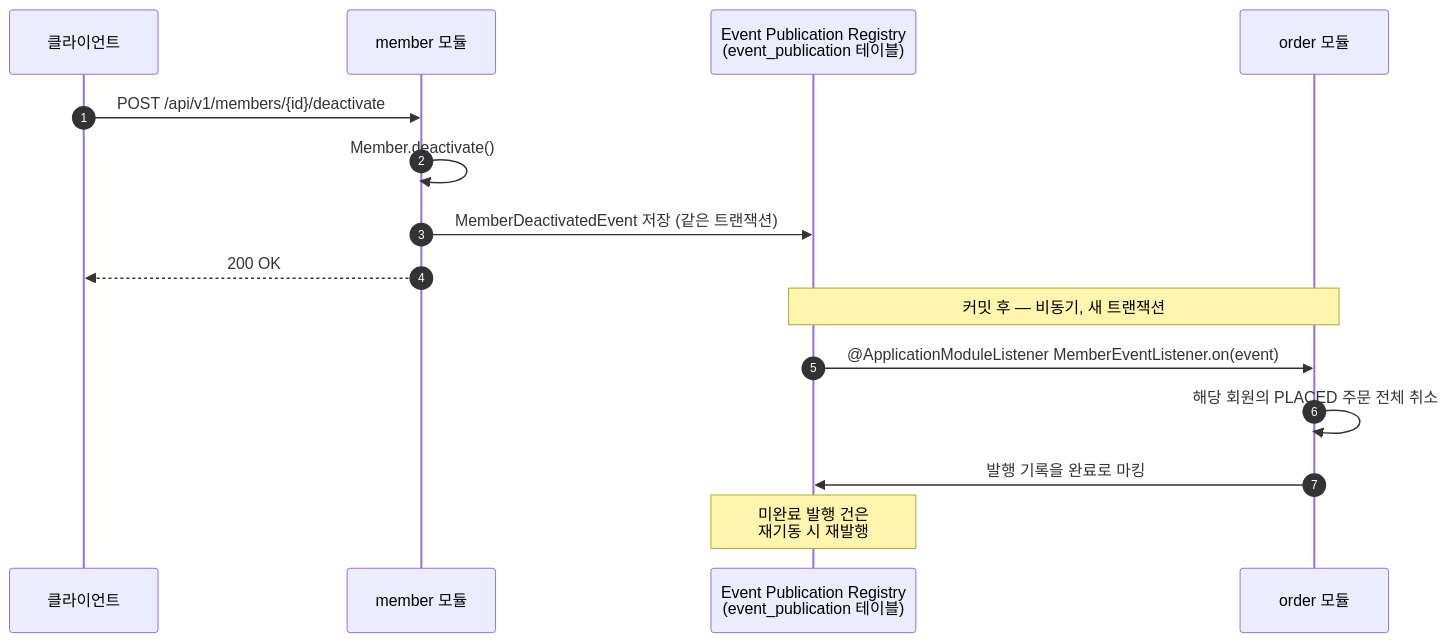
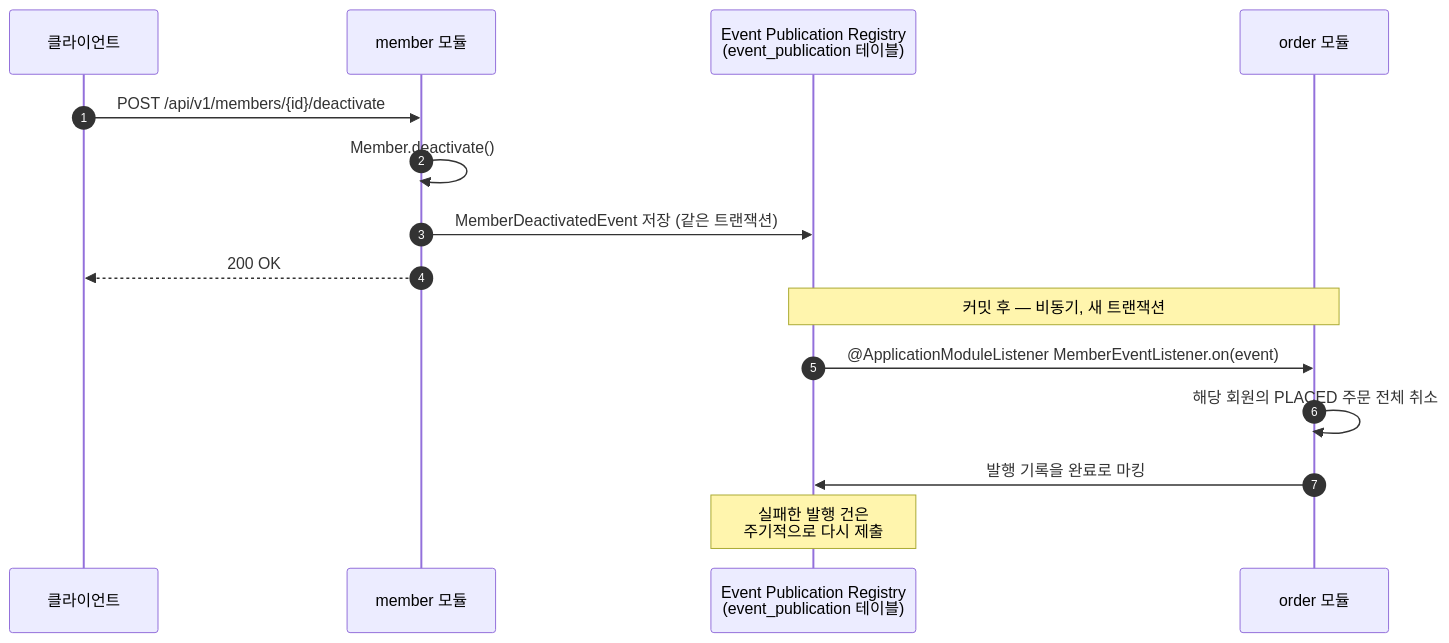
Before and after one commit to hyunolike/kotlin-spring-modulith-template: the second of 2 diagrams in README.ko.md, drawn with Mermaid. The commit also changed other lines of this file and 19 other files, not shown here.

````diff
--- a/README.ko.md
+++ b/README.ko.md
@@ -156,20 +161,20 @@
 ```mermaid
 sequenceDiagram
     autonumber
     participant C as 클라이언트
     participant M as member 모듈
     participant R as Event Publication Registry<br/>(event_publication 테이블)
     participant O as order 모듈
 
     C->>M: POST /api/v1/members/{id}/deactivate
     M->>M: Member.deactivate()
     M->>R: MemberDeactivatedEvent 저장 (같은 트랜잭션)
     M-->>C: 200 OK
 
     Note over R,O: 커밋 후 — 비동기, 새 트랜잭션
     R->>O: @ApplicationModuleListener MemberEventListener.on(event)
     O->>O: 해당 회원의 PLACED 주문 전체 취소
     O->>R: 발행 기록을 완료로 마킹
 
-    Note over R: 미완료 발행 건은<br/>재기동 시 재발행
+    Note over R: 실패한 발행 건은<br/>주기적으로 다시 제출
 ```
````
